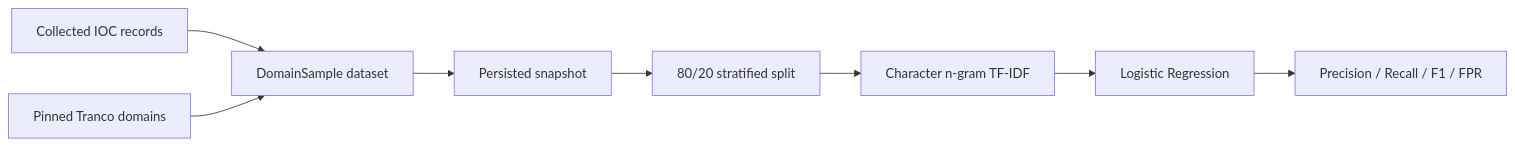
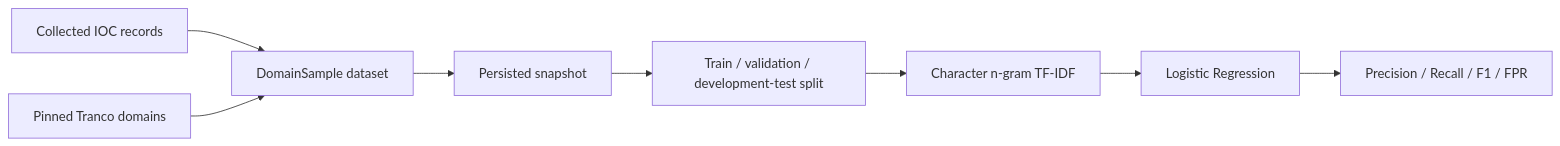
Before and after one commit to ConquestorYa/threatfusion-ai: the second of 6 diagrams in docs/ARCHITECTURE.md, drawn with Mermaid. The commit also changed other lines of this file, not shown here.

Commit message:
docs: update architecture evaluation status

````diff
--- a/docs/ARCHITECTURE.md
+++ b/docs/ARCHITECTURE.md
@@ -34,10 +34,10 @@
 ```mermaid
 flowchart LR
     CTI[Collected IOC records] --> Samples[DomainSample dataset]
     Tranco[Pinned Tranco domains] --> Samples
     Samples --> Snapshot[Persisted snapshot]
-    Snapshot --> Split[80/20 stratified split]
+    Snapshot --> Split[Train / validation / development-test split]
     Split --> TFIDF[Character n-gram TF-IDF]
     TFIDF --> LR[Logistic Regression]
     LR --> Metrics[Precision / Recall / F1 / FPR]
 ```
````
